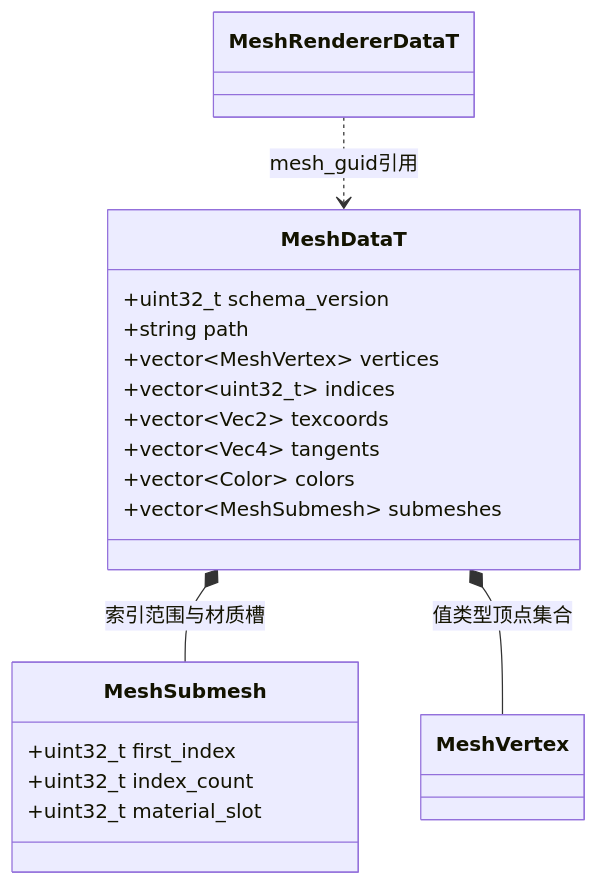
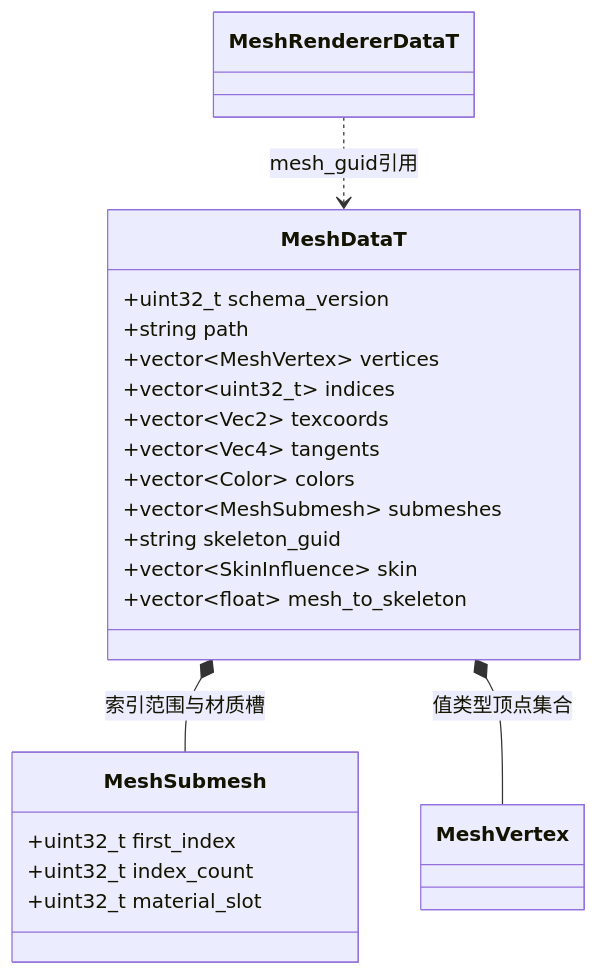
The second of 7 diagrams in docs/runtime/class-diagrams/scene-data.md (lcals/Engine), drawn with Mermaid before and after one commit. The commit also changed other lines of this file and 213 other files, not shown here.

````diff
--- a/docs/runtime/class-diagrams/scene-data.md
+++ b/docs/runtime/class-diagrams/scene-data.md
@@ -43,23 +43,26 @@
 ```mermaid
 classDiagram
     class MeshDataT {
         +uint32_t schema_version
         +string path
         +vector~MeshVertex~ vertices
         +vector~uint32_t~ indices
         +vector~Vec2~ texcoords
         +vector~Vec4~ tangents
         +vector~Color~ colors
         +vector~MeshSubmesh~ submeshes
+        +string skeleton_guid
+        +vector~SkinInfluence~ skin
+        +vector~float~ mesh_to_skeleton
     }
     class MeshVertex
     class MeshSubmesh {
         +uint32_t first_index
         +uint32_t index_count
         +uint32_t material_slot
     }
     MeshDataT *-- MeshSubmesh : 索引范围与材质槽
     class MeshRendererDataT
     MeshDataT *-- MeshVertex : 值类型顶点集合
     MeshRendererDataT ..> MeshDataT : mesh_guid引用
 ```
````
